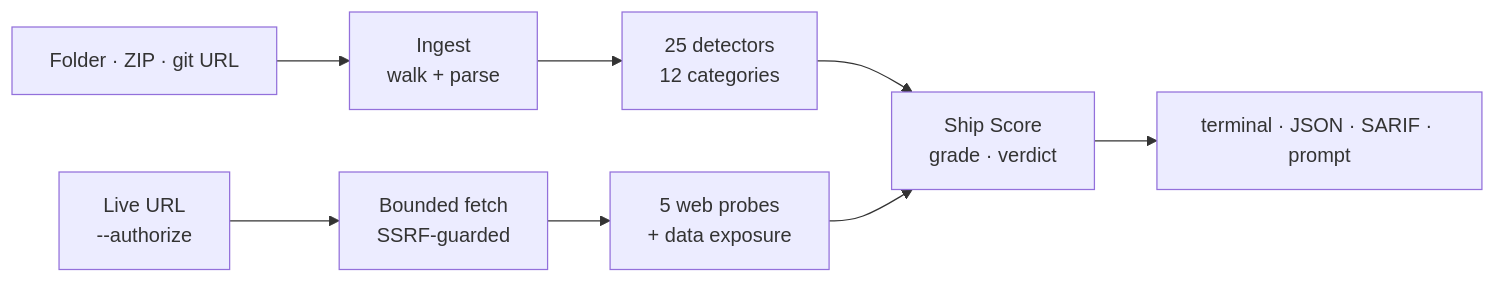
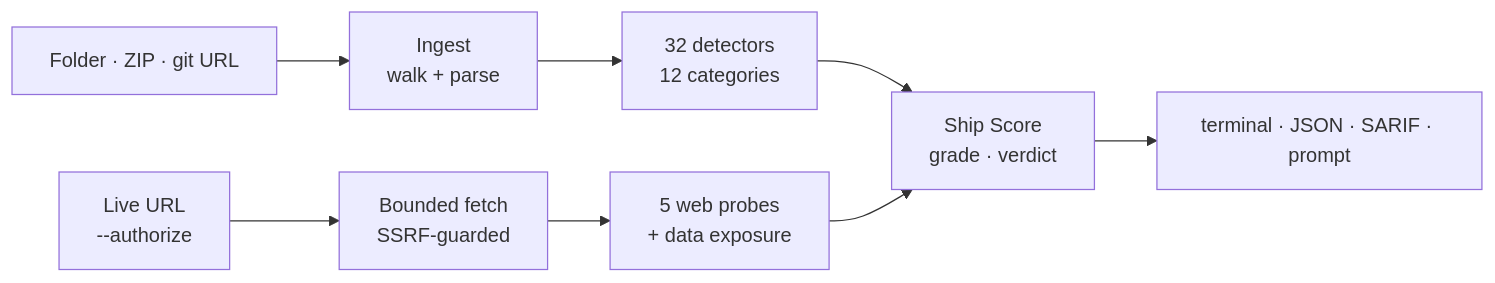
The diagram in README.md (Mocinjay/immunogen), drawn with Mermaid before and after one commit. The commit also changed other lines of this file and 75 other files, not shown here.

````diff
--- a/README.md
+++ b/README.md
@@ -318,10 +318,10 @@
 ```mermaid
 flowchart LR
     R["Folder · ZIP · git URL"] --> I["Ingest<br/>walk + parse"]
-    I --> D["25 detectors<br/>12 categories"]
+    I --> D["32 detectors<br/>12 categories"]
     U["Live URL<br/>--authorize"] --> F["Bounded fetch<br/>SSRF-guarded"]
     F --> W["5 web probes<br/>+ data exposure"]
     D --> S["Ship Score<br/>grade · verdict"]
     W --> S
     S --> O["terminal · JSON · SARIF · prompt"]
 ```
````
